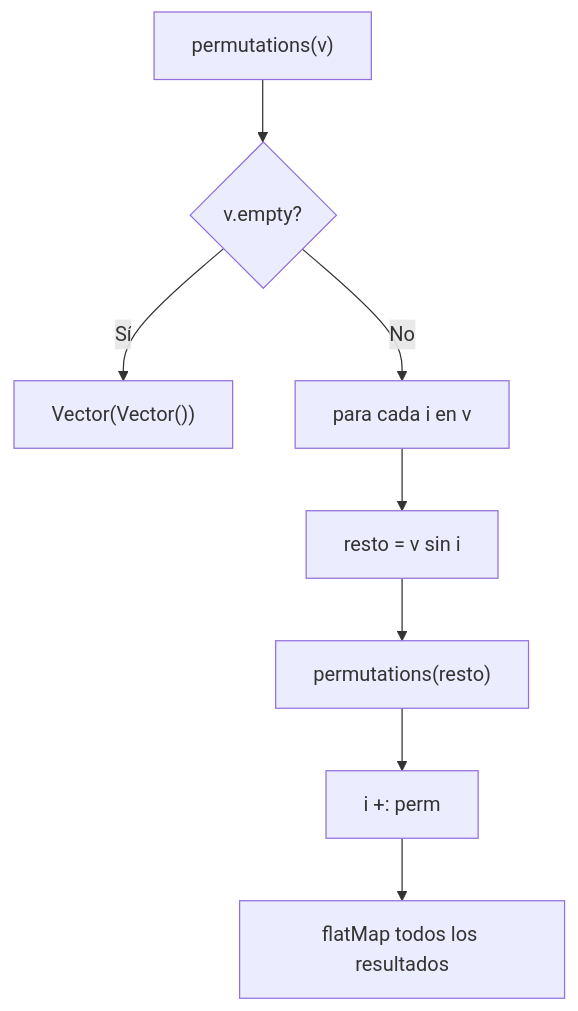
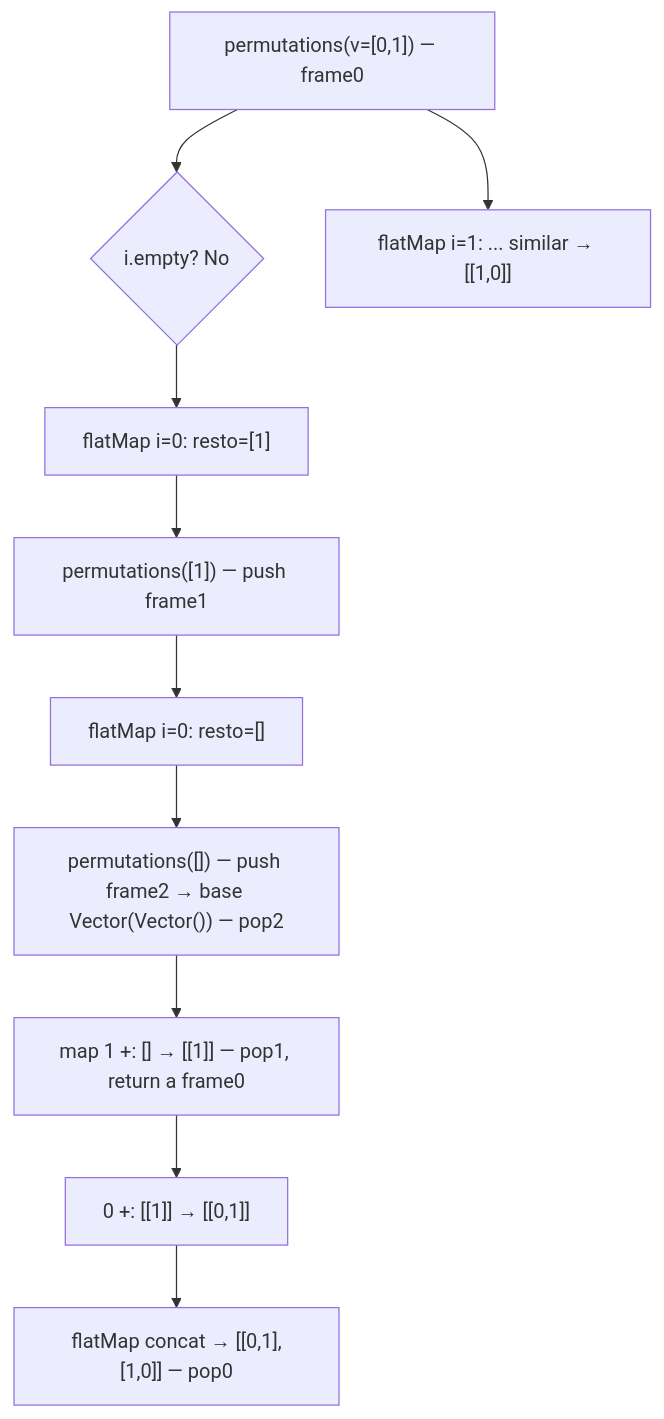
The second of 4 diagrams in docs/PDF.md (2025-II-PFC-FLP/proyecto-final-pfc-2025-ii-coronamos), drawn with Mermaid before and after one commit. The commit also changed other lines of this file and 1 other file, not shown here.

````diff
--- a/docs/PDF.md
+++ b/docs/PDF.md
@@ -108,10 +81,13 @@
 ```mermaid
 flowchart TD
-    A["permutations(v)"] --> B{v.empty?}
-    B -- Sí --> C["Vector(Vector())"]
-    B -- No --> D["para cada i en v"]
-    D --> E["resto = v sin i"]
-    E --> F["permutations(resto)"]
-    F --> G["i +: perm"]
-    G --> H["flatMap todos los resultados"]
+    A["permutations(v=[0,1]) — frame0"]
+    A --> B{i.empty? No}
+    B --> C["flatMap i=0: resto=[1]"]
+    C --> D["permutations([1]) — push frame1"]
+    D --> E["flatMap i=0: resto=[]"]
+    E --> F["permutations([]) — push frame2 → base Vector(Vector()) — pop2"]
+    F --> G["map 1 +: [] → [[1]] — pop1, return a frame0"]
+    G --> H["0 +: [[1]] → [[0,1]]"]
+    A --> I["flatMap i=1: ... similar → [[1,0]]"]
+    H --> J["flatMap concat → [[0,1],[1,0]] — pop0"]
 ```
````
